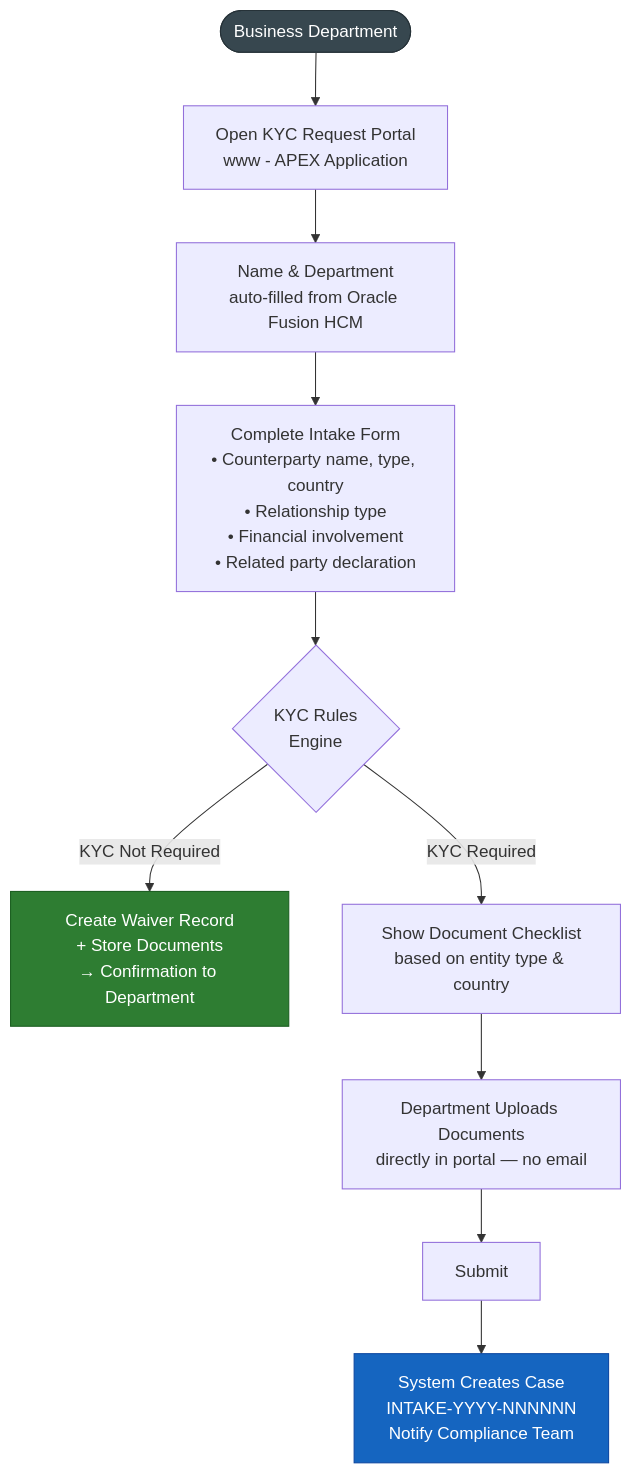
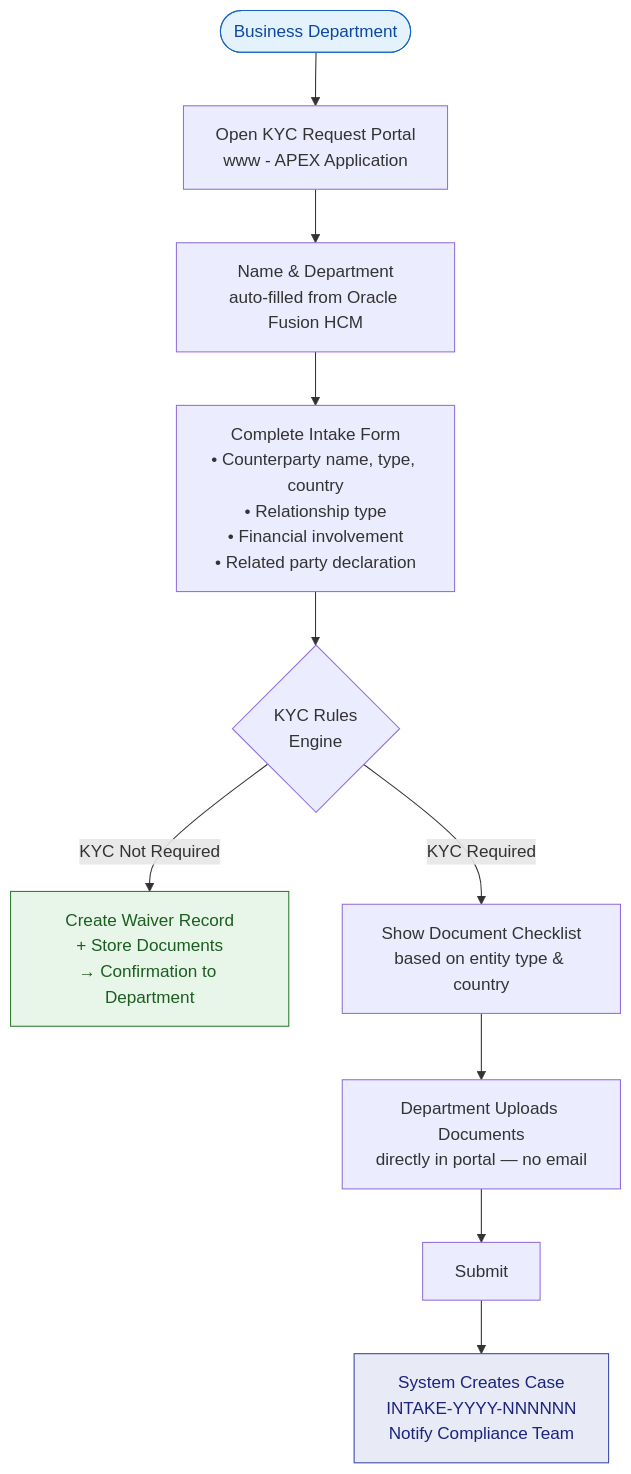
Before and after one commit to mazharr-hussain/KycReport: the first of 2 diagrams in docs/diagrams/intake-flow.md, drawn with Mermaid. The commit also changed other lines of this file and 7 other files, not shown here.

First line of the commit message:
Switch all diagrams to light pastel palette with dark text

````diff
--- a/docs/diagrams/intake-flow.md
+++ b/docs/diagrams/intake-flow.md
@@ -9,27 +9,27 @@
 ```mermaid
 flowchart TD
     DEPT([Business Department]) --> PORTAL
 
     PORTAL[Open KYC Request Portal\nwww - APEX Application]
 
     PORTAL --> AUTOFILL[Name & Department\nauto-filled from Oracle Fusion HCM]
     AUTOFILL --> FORM
 
     FORM[Complete Intake Form\n• Counterparty name, type, country\n• Relationship type\n• Financial involvement\n• Related party declaration]
 
     FORM --> RULES{KYC Rules\nEngine}
 
     RULES -->|KYC Not Required| WAIVER
     RULES -->|KYC Required| DOCS
 
     WAIVER[Create Waiver Record\n+ Store Documents\n→ Confirmation to Department]
 
     DOCS[Show Document Checklist\nbased on entity type & country]
     DOCS --> UPLOAD[Department Uploads Documents\ndirectly in portal — no email]
     UPLOAD --> SUBMIT[Submit]
     SUBMIT --> CASE[System Creates Case\nINTAKE-YYYY-NNNNNN\nNotify Compliance Team]
 
-    style DEPT fill:#37474F,color:#fff,stroke:#263238
-    style WAIVER fill:#2E7D32,color:#fff,stroke:#1B5E20
-    style CASE fill:#1565C0,color:#fff,stroke:#0D47A1
+    style DEPT fill:#E3F2FD,color:#0D47A1,stroke:#1565C0
+    style WAIVER fill:#E8F5E9,color:#1B5E20,stroke:#2E7D32
+    style CASE fill:#E8EAF6,color:#1A237E,stroke:#3949AB
 ```
````
